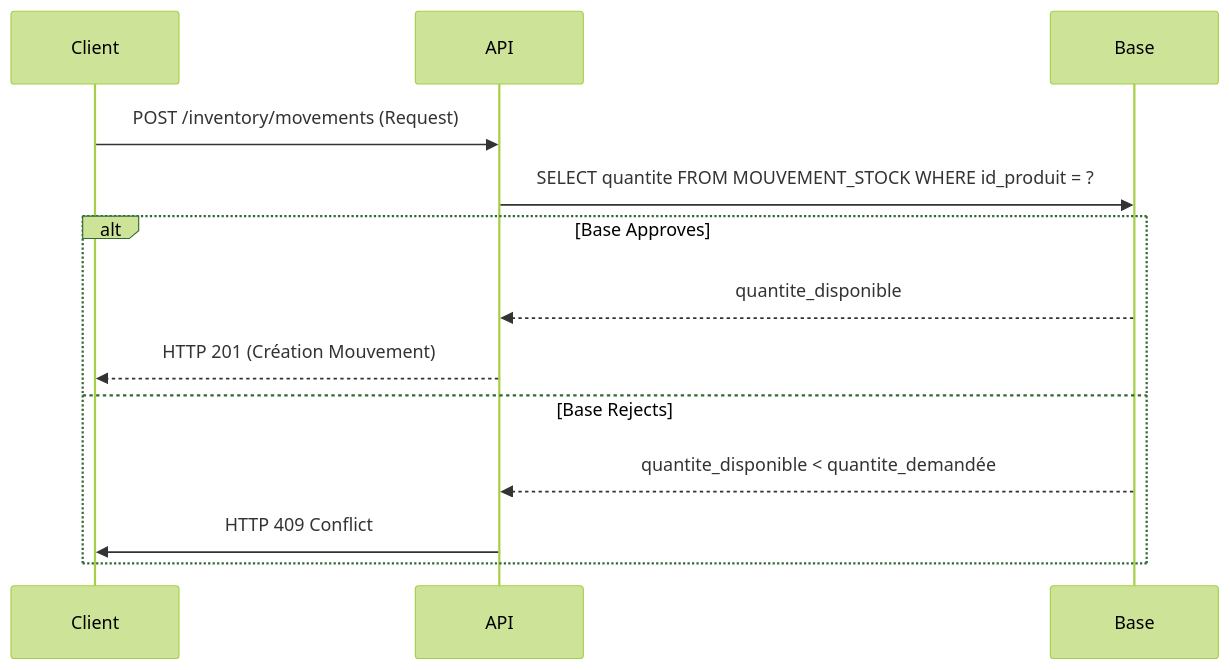
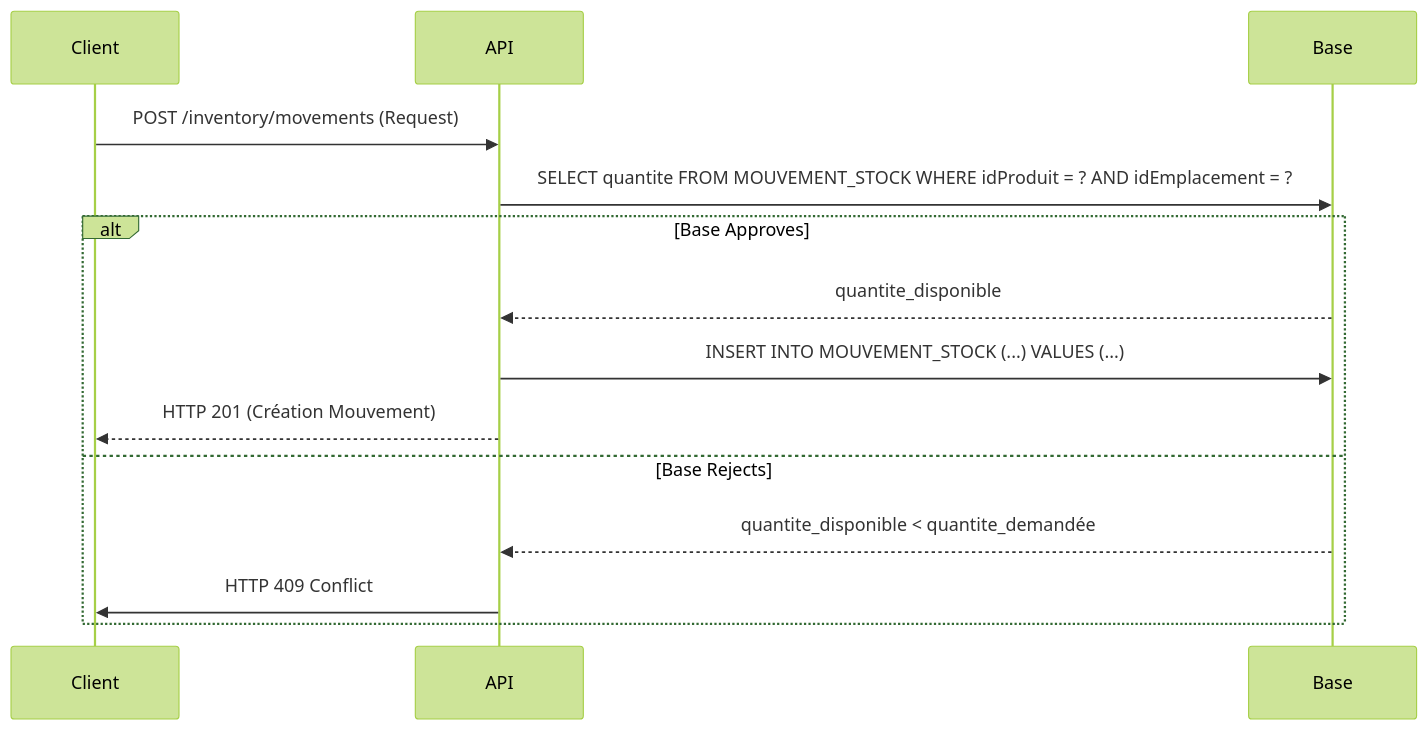
One commit to ClaymeCall/holbertonschool-Analyse_et_conception changed the diagram in blueprint_stockmaster/02_behavioural_architecture.md. Above: the diagram before and after it, drawn with Mermaid (forest theme). The commit also changed 2 other files, not shown here.

Commit message:
docs: improve documentation to better match project requirements

````diff
--- a/blueprint_stockmaster/02_behavioural_architecture.md
+++ b/blueprint_stockmaster/02_behavioural_architecture.md
@@ -3,17 +3,18 @@
 ```mermaid
 sequenceDiagram
     participant Client
     participant API
     participant Base
 
     Client->>API: POST /inventory/movements (Request)
-    API->>Base: SELECT quantite FROM MOUVEMENT_STOCK WHERE id_produit = ?
+    API->>Base: SELECT quantite FROM MOUVEMENT_STOCK WHERE idProduit = ? AND idEmplacement = ?
 
     alt Base Approves
         Base-->>API: quantite_disponible
+        API->>Base: INSERT INTO MOUVEMENT_STOCK (...) VALUES (...)
         API-->>Client: HTTP 201 (Création Mouvement)
     else Base Rejects
         Base-->>API: quantite_disponible < quantite_demandée
         API->>Client: HTTP 409 Conflict
     end
 ```
````
